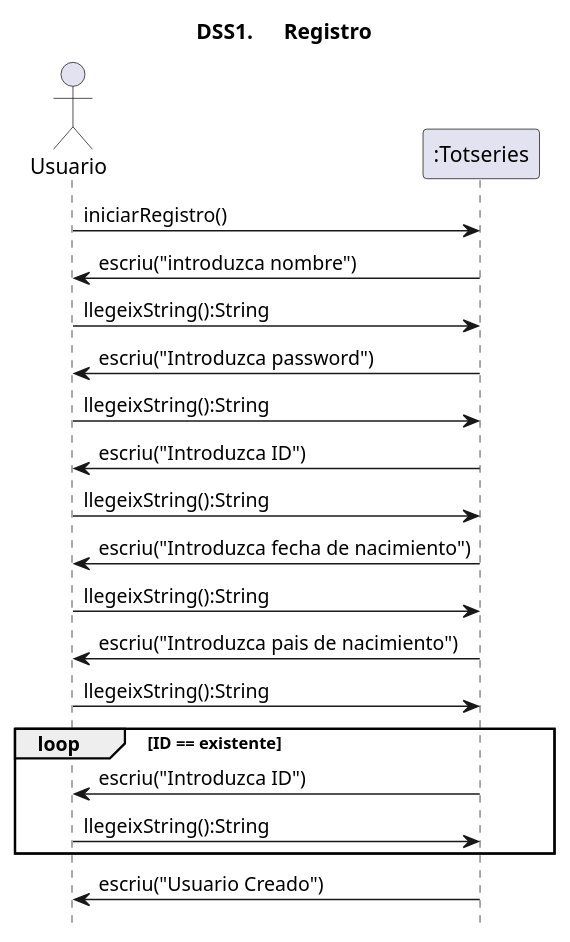
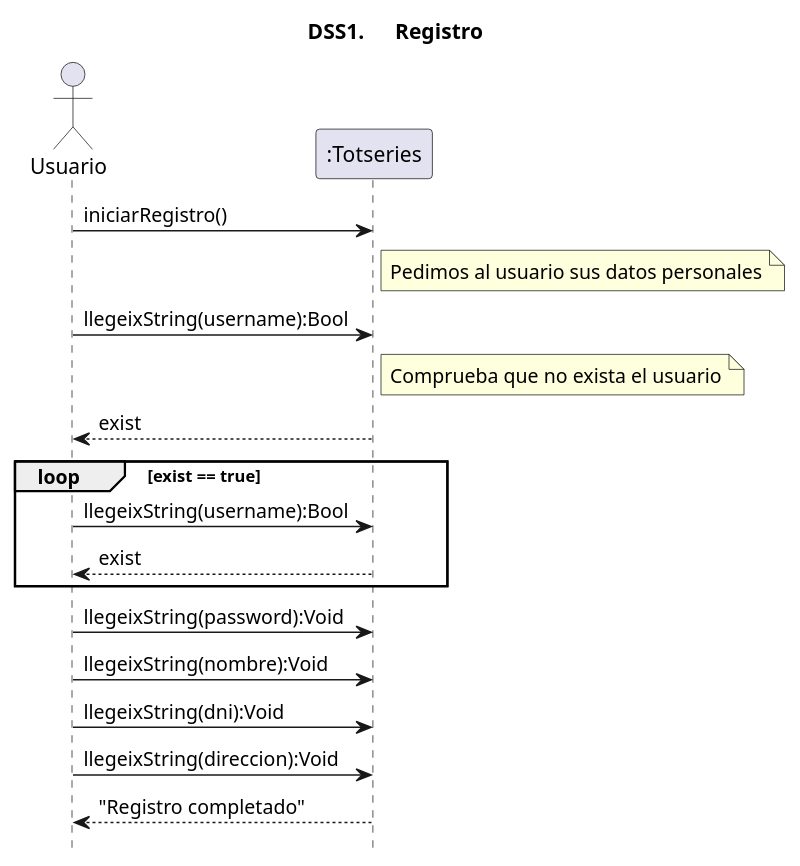
Before and after one commit to MrViciao/TotSeries: the diagram in src/totseries/Uml/Sistema/Diagrama de Sistema UC1.puml, drawn with PlantUML. The commit also changed 7 other files, not shown here.

```diff
--- a/src/totseries/Uml/Sistema/Diagrama de Sistema UC1.puml
+++ b/src/totseries/Uml/Sistema/Diagrama de Sistema UC1.puml
@@ -1,23 +1,27 @@
 @startuml
 title	DSS1.	Registro	
 hide	footbox
 actor	Usuario	as	user
+participant ":Totseries" as TotSeries
 
-user	->	":Totseries":iniciarRegistro()
-":Totseries" -> user :escriu("introduzca nombre")
-user -> ":Totseries":llegeixString():String
-":Totseries" -> user :escriu("Introduzca password")
-user -> ":Totseries" :llegeixString():String
-":Totseries" -> user :escriu("Introduzca ID")
-user -> ":Totseries" :llegeixString():String
-":Totseries" -> user :escriu("Introduzca fecha de nacimiento")
-user -> ":Totseries" :llegeixString():String
-":Totseries" -> user :escriu("Introduzca pais de nacimiento")
-user -> ":Totseries" :llegeixString():String
+user	->	TotSeries:iniciarRegistro()
+note right TotSeries
+    Pedimos al usuario sus datos personales
+end note
+user -> TotSeries:llegeixString(username):Bool
+note right TotSeries
+    Comprueba que no exista el usuario
+end note
+TotSeries --> user : exist
 
-loop ID == existente
-    ":Totseries" -> user :escriu("Introduzca ID")
-    user -> ":Totseries" :llegeixString():String
+loop exist == true
+    user -> TotSeries:llegeixString(username):Bool
+    TotSeries --> user : exist
 end
-":Totseries" -> user :escriu("Usuario Creado")
+user -> TotSeries:llegeixString(password):Void
+user -> TotSeries:llegeixString(nombre):Void
+user -> TotSeries:llegeixString(dni):Void
+user -> TotSeries:llegeixString(direccion):Void
+TotSeries --> user :"Registro completado"
+
 @enduml
```
